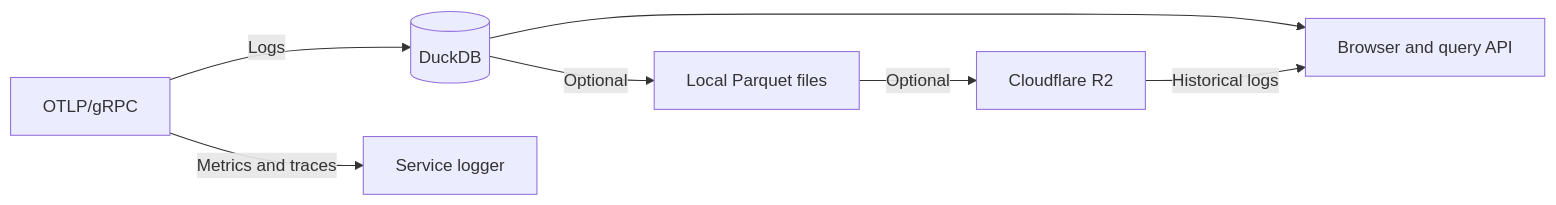
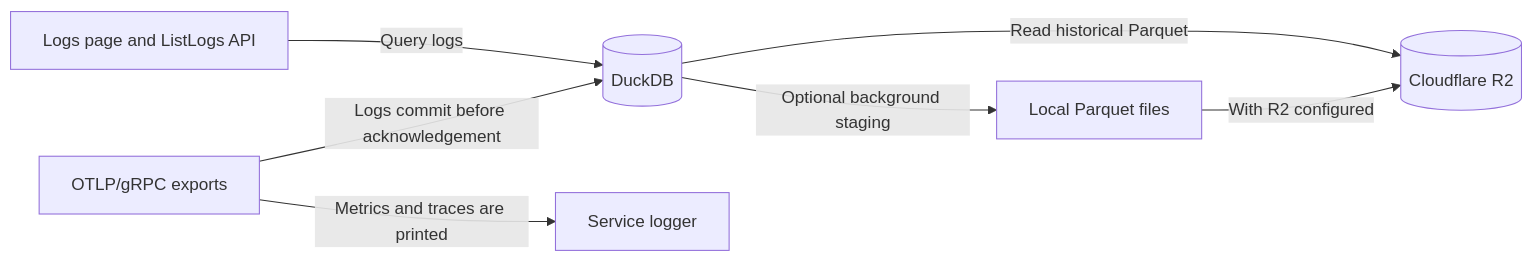
One commit to alexfalkowski/einblick changed the diagram in README.md. Above: the diagram before and after it, drawn with Mermaid. The commit also changed other lines of this file and 16 other files, not shown here.

First line of the commit message:
feat(logs): display timestamps in browser time zones (#72)

````diff
--- a/README.md
+++ b/README.md
@@ -40,11 +40,11 @@
 ```mermaid
 flowchart LR
     accTitle: Telemetry in Einblick today
-    accDescr: OTLP logs are stored in DuckDB and optionally archived to R2. Queries combine local and archived logs. Metrics and traces are printed and discarded.
-    OTLP["OTLP/gRPC"] -->|Logs| DB[(DuckDB)]
-    OTLP -->|Metrics and traces| Logger[Service logger]
-    DB --> Queries[Browser and query API]
-    DB -->|Optional| Parquet[Local Parquet files]
-    Parquet -->|Optional| R2[Cloudflare R2]
-    R2 -->|Historical logs| Queries
+    accDescr: Einblick acknowledges log exports after a DuckDB commit. Optional archival stages Parquet and publishes to R2. The browser and API query DuckDB, which reads Parquet for ranges that need archive history. Metrics and traces print to the service logger.
+    OTLP["OTLP/gRPC exports"] -->|Logs commit before acknowledgement| DB[(DuckDB)]
+    OTLP -->|Metrics and traces are printed| Logger[Service logger]
+    DB -->|Optional background staging| Parquet[Local Parquet files]
+    Parquet -->|With R2 configured| R2[(Cloudflare R2)]
+    Queries[Logs page and ListLogs API] -->|Query logs| DB
+    DB -->|Read historical Parquet| R2
 ```
````
